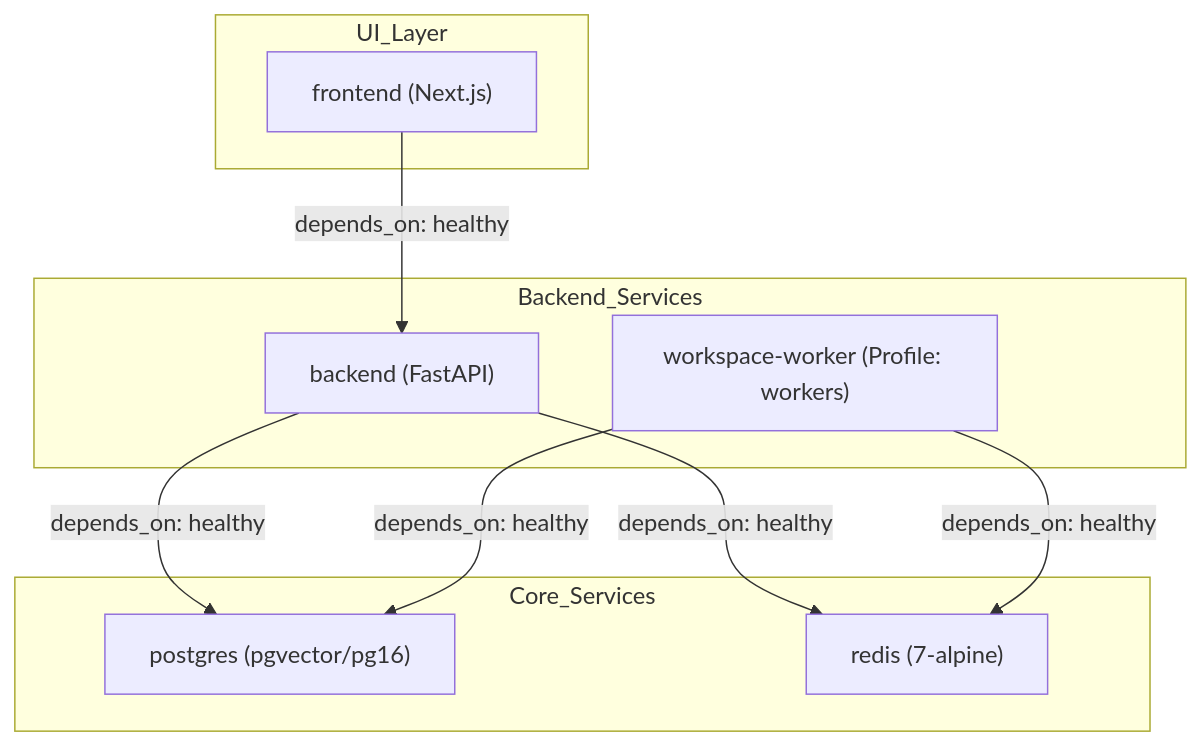
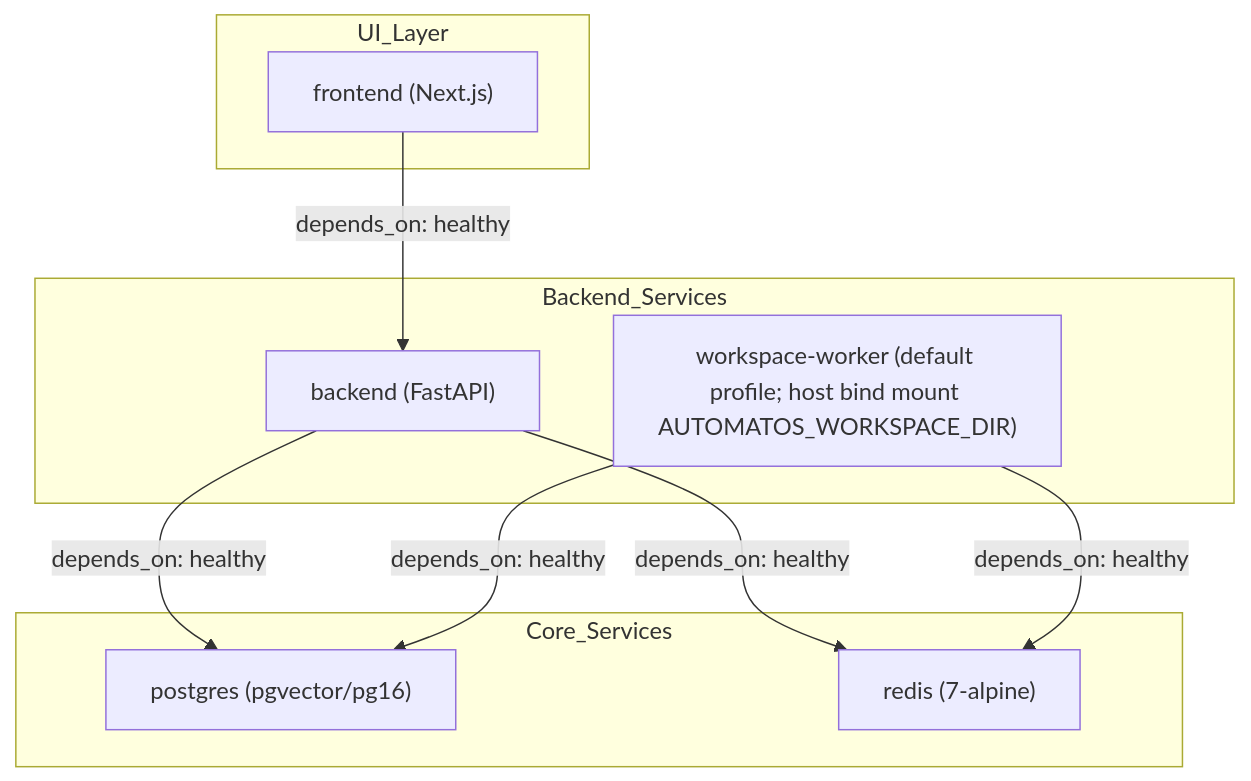
Before and after one commit to AutomatosAI/automatos-ai: the second of 2 diagrams in docs/deployment-infrastructure/docker-containerization.md, drawn with Mermaid. The commit also changed 19 other files, not shown here.

````diff
--- a/docs/deployment-infrastructure/docker-containerization.md
+++ b/docs/deployment-infrastructure/docker-containerization.md
@@ -135,22 +135,22 @@
 ```mermaid
 graph TD
     subgraph "Core_Services"
         PG["postgres (pgvector/pg16)"]
         RD["redis (7-alpine)"]
     end
 
     subgraph "Backend_Services"
         BACK["backend (FastAPI)"]
-        WSW["workspace-worker (Profile: workers)"]
+        WSW["workspace-worker (default profile; host bind mount AUTOMATOS_WORKSPACE_DIR)"]
     end
 
     subgraph "UI_Layer"
         FRONT["frontend (Next.js)"]
     end
 
     BACK -- "depends_on: healthy" --> PG
     BACK -- "depends_on: healthy" --> RD
     WSW -- "depends_on: healthy" --> RD
     WSW -- "depends_on: healthy" --> PG
     FRONT -- "depends_on: healthy" --> BACK
 ```
````
